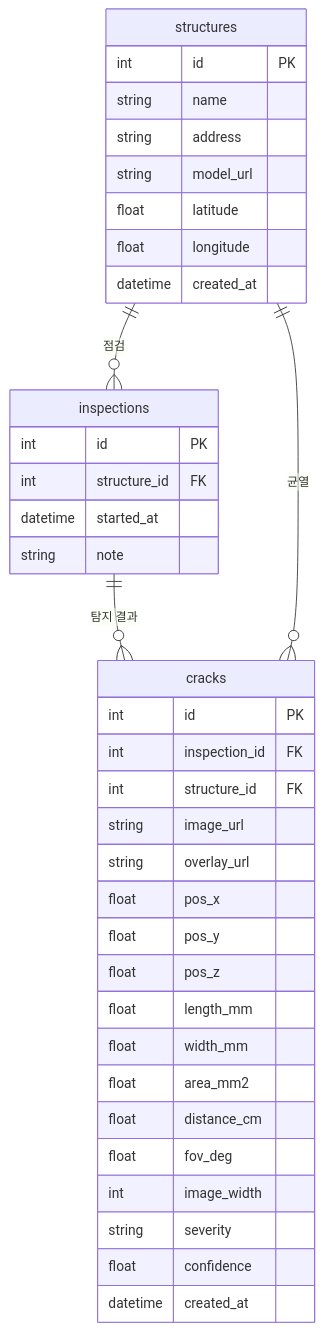
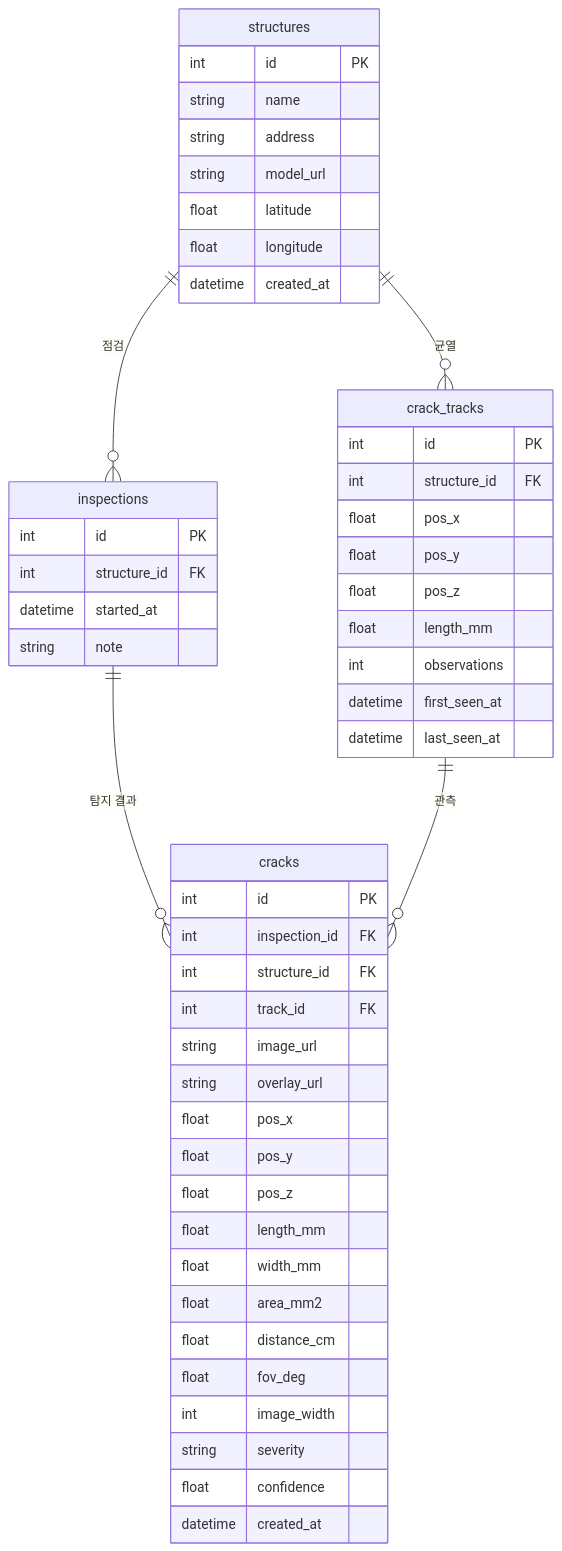
Before and after one commit to inha0307/AI-idea-system: the sixth of 6 diagrams in docs/시스템팀_개발.md, drawn with Mermaid. The commit also changed other lines of this file and 15 other files, not shown here.

First line of the commit message:
Group repeated photos of the same crack into tracks

````diff
--- a/docs/시스템팀_개발.md
+++ b/docs/시스템팀_개발.md
@@ -567,40 +575,53 @@
 ```mermaid
 erDiagram
   structures ||--o{ inspections : "점검"
   inspections ||--o{ cracks : "탐지 결과"
-  structures ||--o{ cracks : "균열"
+  structures ||--o{ crack_tracks : "균열"
+  crack_tracks ||--o{ cracks : "관측"
   structures {
     int id PK
     string name
     string address
     string model_url
     float latitude
     float longitude
     datetime created_at
   }
   inspections {
     int id PK
     int structure_id FK
     datetime started_at
     string note
   }
+  crack_tracks {
+    int id PK
+    int structure_id FK
+    float pos_x
+    float pos_y
+    float pos_z
+    float length_mm
+    int observations
+    datetime first_seen_at
+    datetime last_seen_at
+  }
   cracks {
     int id PK
     int inspection_id FK
     int structure_id FK
+    int track_id FK
     string image_url
     string overlay_url
     float pos_x
     float pos_y
     float pos_z
     float length_mm
     float width_mm
     float area_mm2
     float distance_cm
     float fov_deg
     int image_width
     string severity
     float confidence
     datetime created_at
   }
 ```
````
